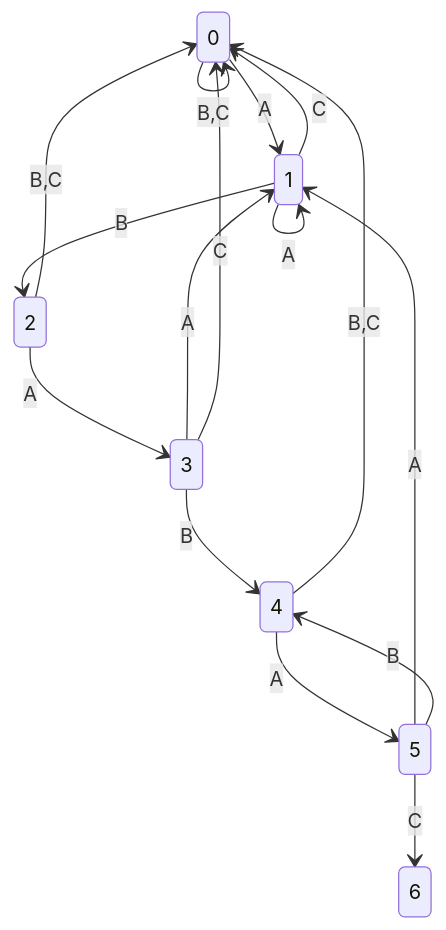
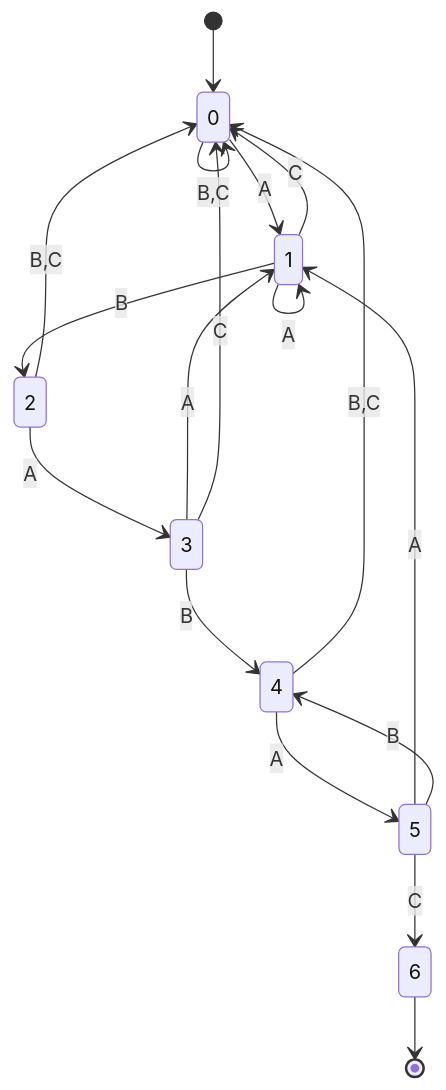
Before and after one commit to miaozhuojun/miaozhuojun.github.io: the third of 3 diagrams in _posts/2021-04-20-KMP.md, drawn with Mermaid.

```diff
--- a/_posts/2021-04-20-KMP.md
+++ b/_posts/2021-04-20-KMP.md
@@ -80,18 +80,20 @@
 <div class="mermaid">
 stateDiagram-v2
+  [*] --> 0
   0 --> 0 : B,C
   0 --> 1 : A
   1 --> 1 : A
   1 --> 0 : C
   1 --> 2 : B
   2 --> 0 : B,C
   2 --> 3 : A
   3 --> 1 : A
   3 --> 0 : C
   3 --> 4 : B
   4 --> 0 : B,C
   4 --> 5 : A
   5 --> 1 : A
   5 --> 4 : B
   5 --> 6 : C
+  6 --> [*]
 </div>
```
